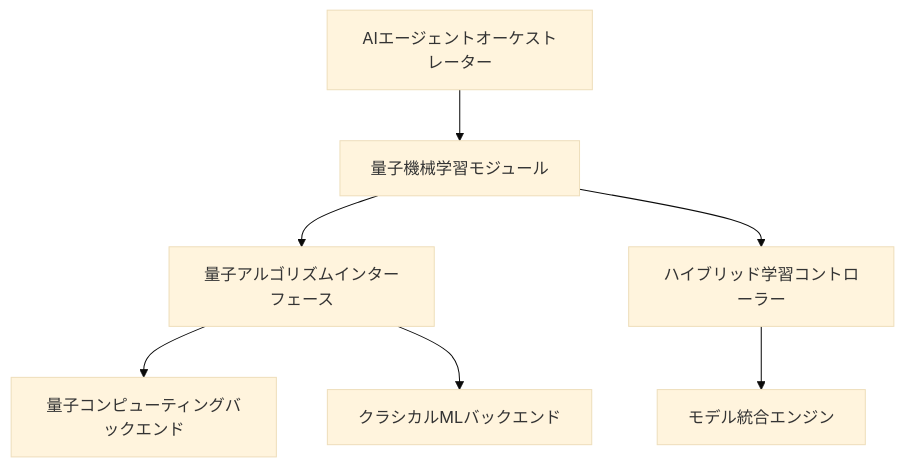
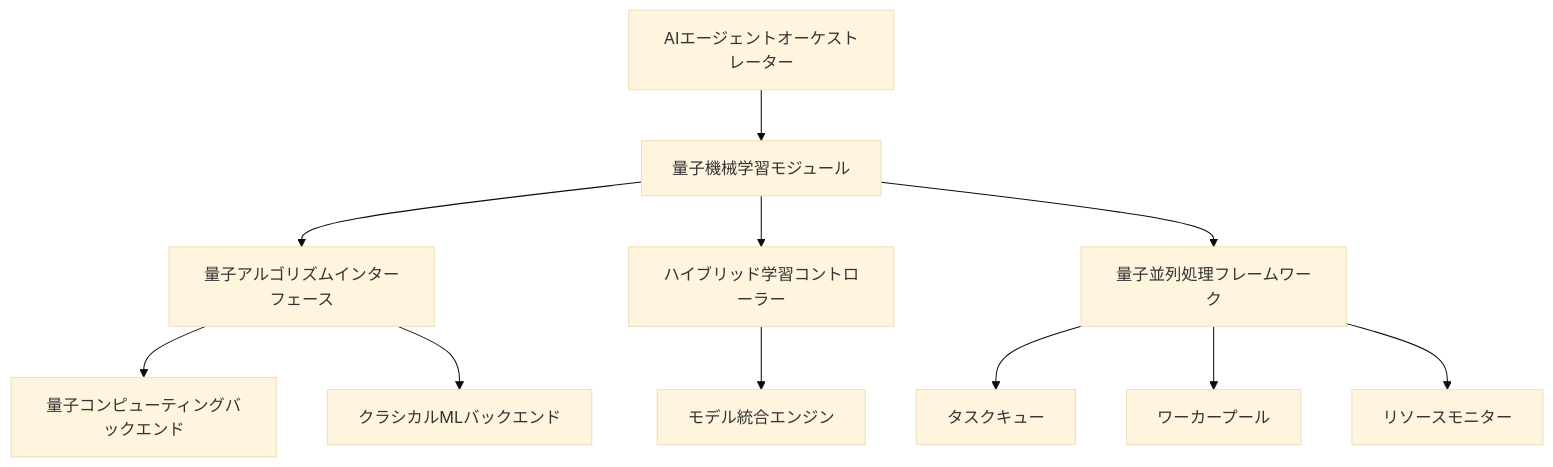
One commit to sumikof/agent-delegator changed the diagram in plans/quantum-ai-integration.md. Above: the diagram before and after it, drawn with Mermaid (base theme). The commit also changed other lines of this file and 8 other files, not shown here.

````diff
--- a/plans/quantum-ai-integration.md
+++ b/plans/quantum-ai-integration.md
@@ -17,9 +17,13 @@
 ```mermaid
 graph TD
     A[AIエージェントオーケストレーター] --> B[量子機械学習モジュール]
     B --> C[量子アルゴリズムインターフェース]
     C --> D[量子コンピューティングバックエンド]
     C --> E[クラシカルMLバックエンド]
     B --> F[ハイブリッド学習コントローラー]
     F --> G[モデル統合エンジン]
+    B --> H[量子並列処理フレームワーク]
+    H --> I[タスクキュー]
+    H --> J[ワーカープール]
+    H --> K[リソースモニター]
 ```
````
